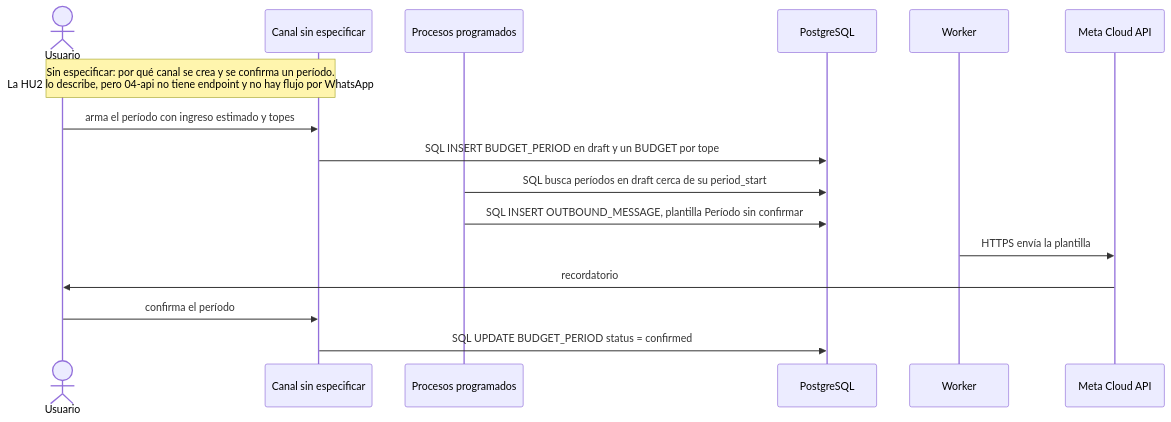
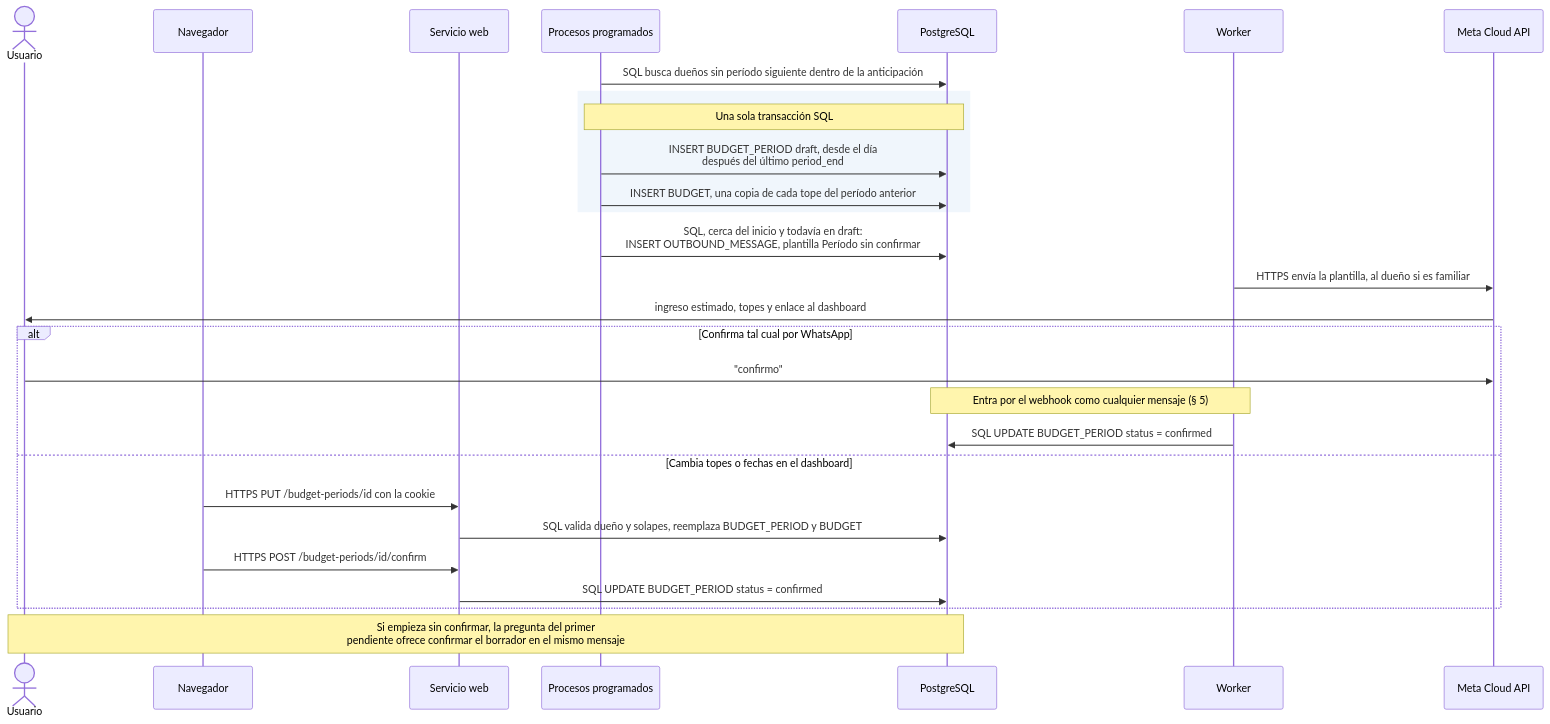
The third of 9 diagrams in docs/recorrido-completo.md (verozacarias-prog/AI4Devs-finalproject), drawn with Mermaid before and after one commit. The commit also changed other lines of this file and 5 other files, not shown here.

First line of the commit message:
docs: crear el primer período en el alta y definir el canal de los presupuestos

````diff
--- a/docs/recorrido-completo.md
+++ b/docs/recorrido-completo.md
@@ -131,19 +135,31 @@
 ```mermaid
 sequenceDiagram
     actor U as Usuario
-    participant C as Canal sin especificar
+    participant N as Navegador
+    participant API as Servicio web
     participant S as Procesos programados
     participant DB as PostgreSQL
     participant W as Worker
     participant M as Meta Cloud API
 
-    Note over U,C: Sin especificar: por qué canal se crea y se confirma un período.<br/>La HU2 lo describe, pero 04-api no tiene endpoint y no hay flujo por WhatsApp
-    U->>C: arma el período con ingreso estimado y topes
-    C->>DB: SQL INSERT BUDGET_PERIOD en draft y un BUDGET por tope
-    S->>DB: SQL busca períodos en draft cerca de su period_start
-    S->>DB: SQL INSERT OUTBOUND_MESSAGE, plantilla Período sin confirmar
-    W->>M: HTTPS envía la plantilla
-    M->>U: recordatorio
-    U->>C: confirma el período
-    C->>DB: SQL UPDATE BUDGET_PERIOD status = confirmed
+    S->>DB: SQL busca dueños sin período siguiente dentro de la anticipación
+    rect rgb(240, 246, 252)
+        Note over S,DB: Una sola transacción SQL
+        S->>DB: INSERT BUDGET_PERIOD draft, desde el día<br/>después del último period_end
+        S->>DB: INSERT BUDGET, una copia de cada tope del período anterior
+    end
+    S->>DB: SQL, cerca del inicio y todavía en draft:<br/>INSERT OUTBOUND_MESSAGE, plantilla Período sin confirmar
+    W->>M: HTTPS envía la plantilla, al dueño si es familiar
+    M->>U: ingreso estimado, topes y enlace al dashboard
+    alt Confirma tal cual por WhatsApp
+        U->>M: "confirmo"
+        Note over W,DB: Entra por el webhook como cualquier mensaje (§ 5)
+        W->>DB: SQL UPDATE BUDGET_PERIOD status = confirmed
+    else Cambia topes o fechas en el dashboard
+        N->>API: HTTPS PUT /budget-periods/id con la cookie
+        API->>DB: SQL valida dueño y solapes, reemplaza BUDGET_PERIOD y BUDGET
+        N->>API: HTTPS POST /budget-periods/id/confirm
+        API->>DB: SQL UPDATE BUDGET_PERIOD status = confirmed
+    end
+    Note over U,DB: Si empieza sin confirmar, la pregunta del primer<br/>pendiente ofrece confirmar el borrador en el mismo mensaje
 ```
````
